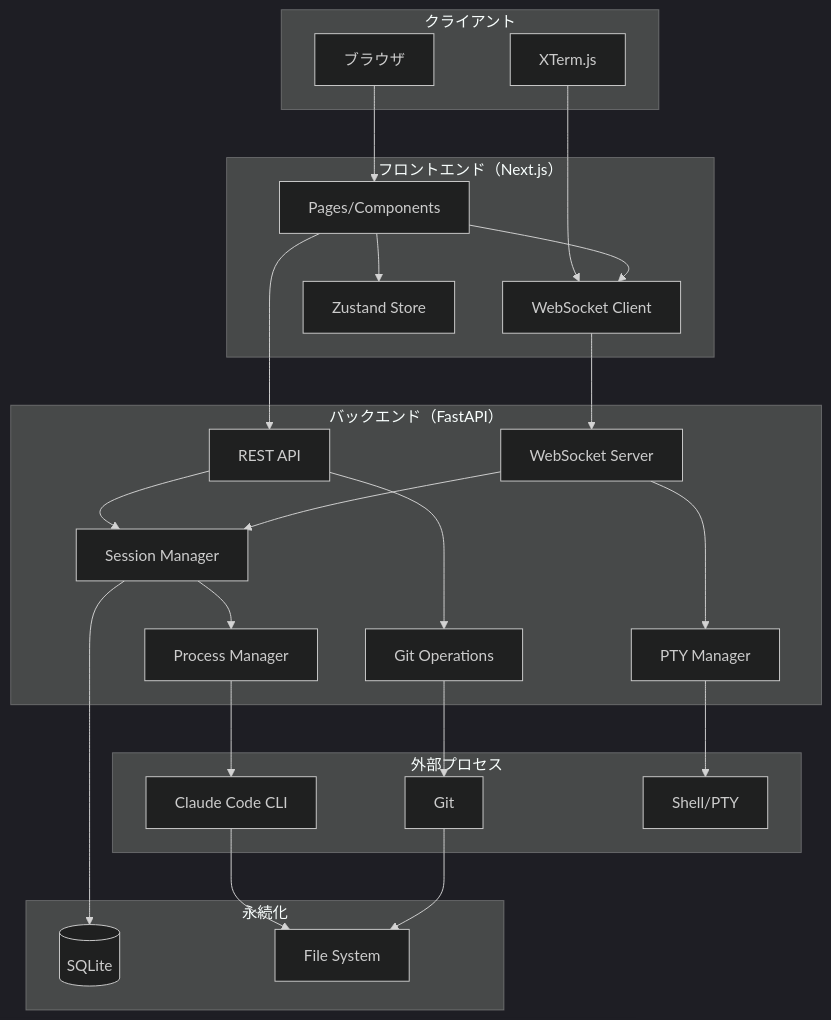
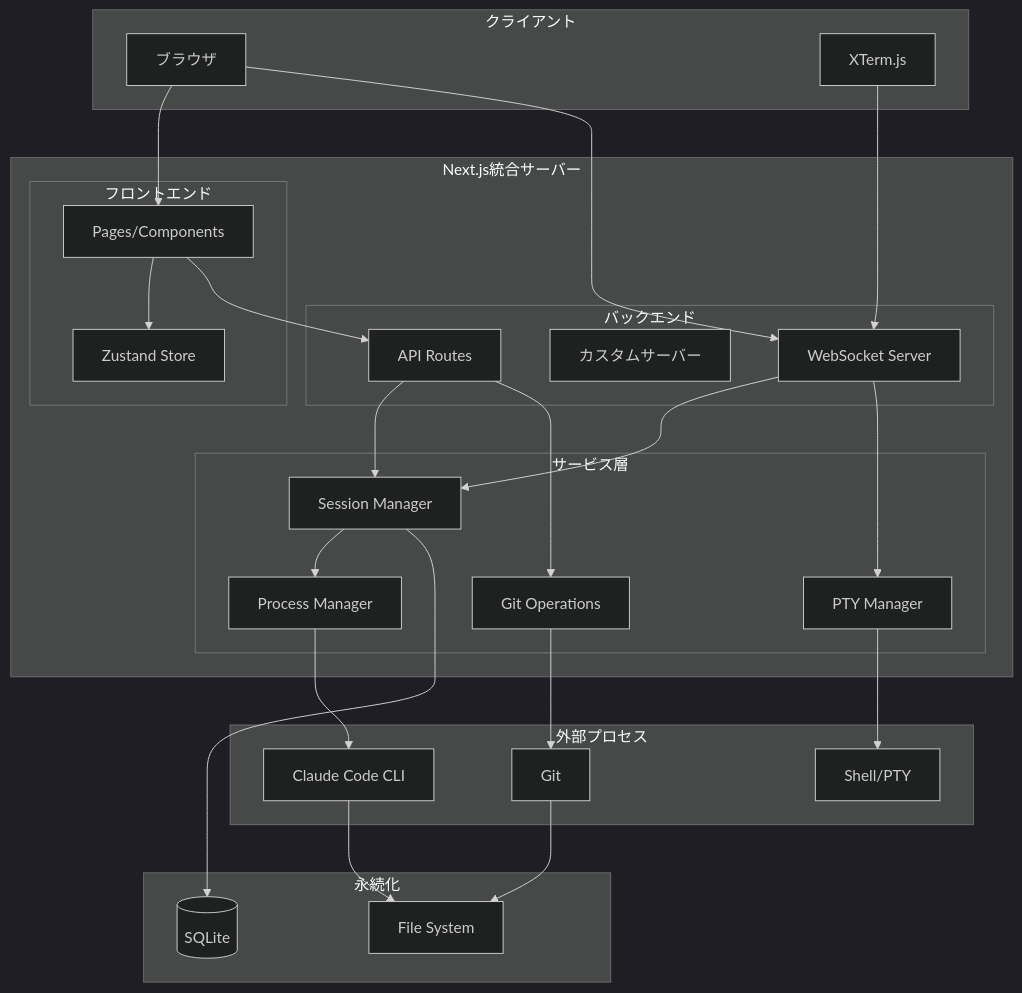
The first of 5 diagrams in docs/design.md (windschord/claude-work), drawn with Mermaid (dark theme) before and after one commit. The commit also changed other lines of this file and 2 other files, not shown here.

First line of the commit message:
refactor: サーバーサイドをNode.JS(Next.js統合構成)に変更

````diff
--- a/docs/design.md
+++ b/docs/design.md
@@ -7,54 +7,58 @@
 ```mermaid
 graph TD
     subgraph "クライアント"
         Browser[ブラウザ]
         XTerm[XTerm.js]
     end
 
-    subgraph "フロントエンド（Next.js）"
-        Pages[Pages/Components]
-        WSClient[WebSocket Client]
-        State[Zustand Store]
-    end
+    subgraph "Next.js統合サーバー"
+        subgraph "フロントエンド"
+            Pages[Pages/Components]
+            State[Zustand Store]
+        end
 
-    subgraph "バックエンド（FastAPI）"
-        API[REST API]
-        WSServer[WebSocket Server]
-        SessionMgr[Session Manager]
-        ProcessMgr[Process Manager]
-        GitOps[Git Operations]
-        PTYMgr[PTY Manager]
+        subgraph "バックエンド"
+            APIRoutes[API Routes]
+            CustomServer[カスタムサーバー]
+            WSServer[WebSocket Server]
+        end
+
+        subgraph "サービス層"
+            SessionMgr[Session Manager]
+            ProcessMgr[Process Manager]
+            GitOps[Git Operations]
+            PTYMgr[PTY Manager]
+        end
     end
 
     subgraph "外部プロセス"
         ClaudeCode[Claude Code CLI]
         Git[Git]
         Shell[Shell/PTY]
     end
 
     subgraph "永続化"
         SQLite[(SQLite)]
         FileSystem[File System]
     end
 
     Browser --> Pages
-    XTerm --> WSClient
-    Pages --> WSClient
+    XTerm --> WSServer
     Pages --> State
-    WSClient --> WSServer
-    Pages --> API
+    Pages --> APIRoutes
+    Browser --> WSServer
 
-    API --> SessionMgr
-    API --> GitOps
+    APIRoutes --> SessionMgr
+    APIRoutes --> GitOps
     WSServer --> SessionMgr
     WSServer --> PTYMgr
 
     SessionMgr --> ProcessMgr
     ProcessMgr --> ClaudeCode
     GitOps --> Git
     PTYMgr --> Shell
 
     SessionMgr --> SQLite
     ClaudeCode --> FileSystem
     Git --> FileSystem
 ```
````
